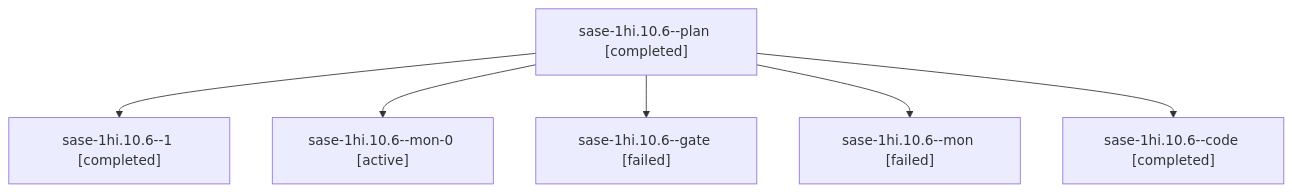
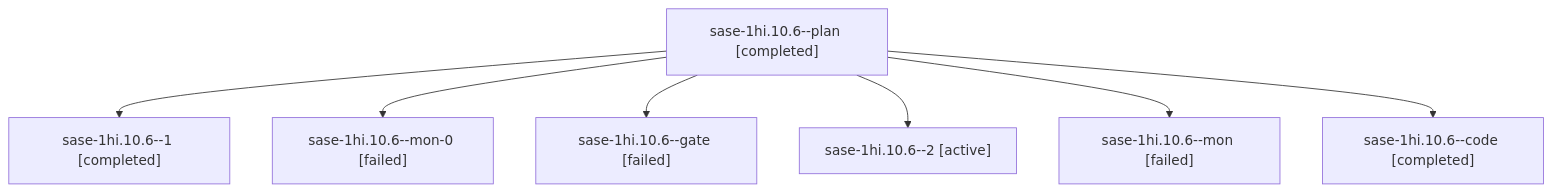
Before and after one commit to sase-org/sase--agents: the diagram in sessions/bbugyi200.apollo.sase-1hi.10.6.md, drawn with Mermaid. The commit also changed other lines of this file and 103 other files, not shown here.

````diff
--- a/sessions/bbugyi200.apollo.sase-1hi.10.6.md
+++ b/sessions/bbugyi200.apollo.sase-1hi.10.6.md
@@ -9,14 +9,16 @@
 ```mermaid
 flowchart TD
   n0["sase-1hi.10.6--plan [completed]"]
   n1["sase-1hi.10.6--1 [completed]"]
   n0 --> n1
-  n2["sase-1hi.10.6--mon-0 [active]"]
+  n2["sase-1hi.10.6--mon-0 [failed]"]
   n0 --> n2
   n3["sase-1hi.10.6--gate [failed]"]
   n0 --> n3
-  n4["sase-1hi.10.6--mon [failed]"]
+  n4["sase-1hi.10.6--2 [active]"]
   n0 --> n4
-  n5["sase-1hi.10.6--code [completed]"]
+  n5["sase-1hi.10.6--mon [failed]"]
   n0 --> n5
+  n6["sase-1hi.10.6--code [completed]"]
+  n0 --> n6
 ```
````
